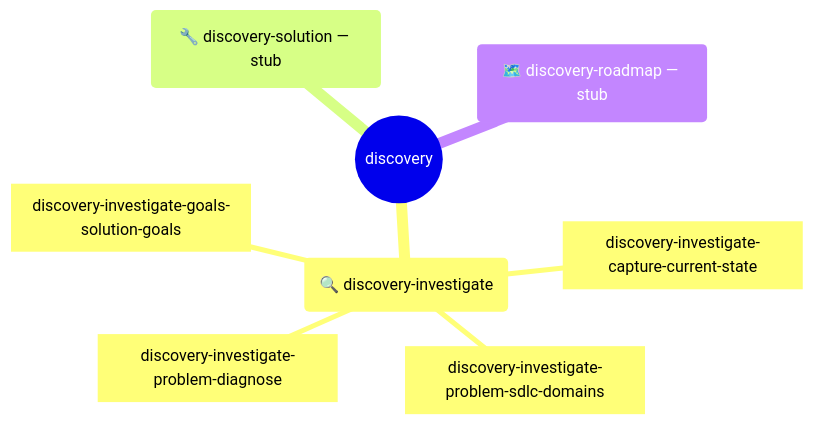
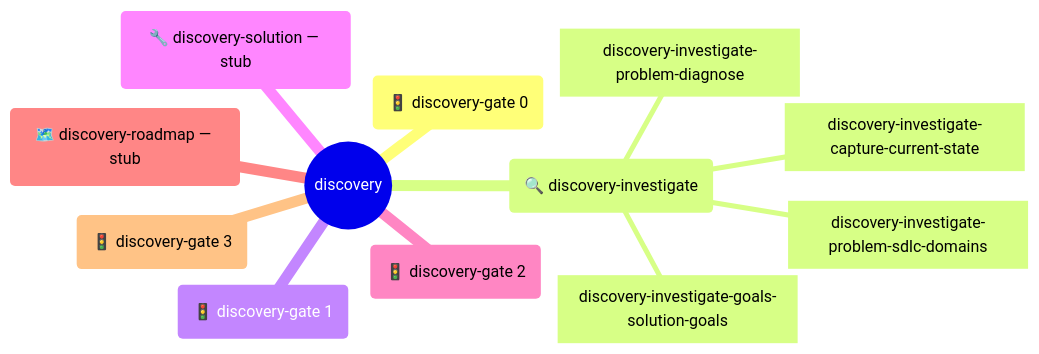
One commit to DataArt/adlc-discovery-tool changed the diagram in .claude/skills/discovery/SKILL.md. Above: the diagram before and after it, drawn with Mermaid. The commit also changed other lines of this file and 72 other files, not shown here.

Commit message:
feat(discovery): add gate-agnostic discovery-gate skill, restructure Capture into Gates/Workshops

````diff
--- a/.claude/skills/discovery/SKILL.md
+++ b/.claude/skills/discovery/SKILL.md
@@ -33,11 +33,15 @@
 ```mermaid
 mindmap
   root((discovery))
+    gate0("🚦 discovery-gate 0")
     investigate("🔍 discovery-investigate")
       capture["discovery-investigate-capture-current-state"]
       domains["discovery-investigate-problem-sdlc-domains"]
       diagnose["discovery-investigate-problem-diagnose"]
       goals["discovery-investigate-goals-solution-goals"]
+    gate1("🚦 discovery-gate 1")
     solution("🔧 discovery-solution — stub")
+    gate2("🚦 discovery-gate 2")
     roadmap("🗺️ discovery-roadmap — stub")
+    gate3("🚦 discovery-gate 3")
 ```
````
